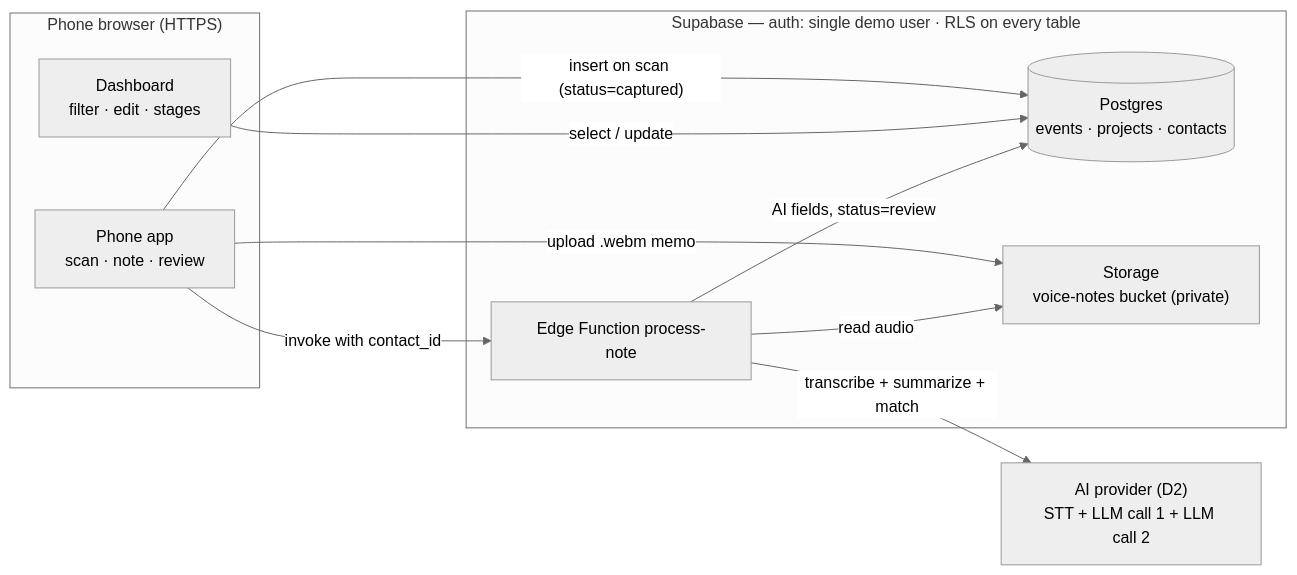
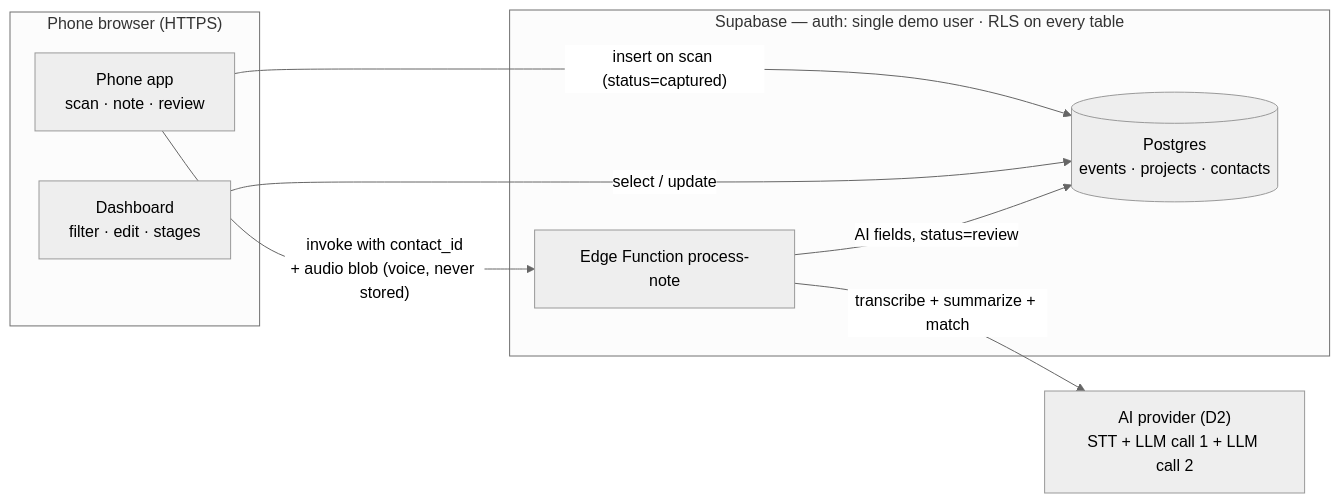
The second of 3 diagrams in docs/ARCHITECTURE.md (NodrrS/bcbt_hackathon), drawn with Mermaid (neutral theme) before and after one commit. The commit also changed other lines of this file and 10 other files, not shown here.

First line of the commit message:
Decision: audio is never stored — voice memos are transcribe-only

````diff
--- a/docs/ARCHITECTURE.md
+++ b/docs/ARCHITECTURE.md
@@ -33,20 +33,17 @@
 ```mermaid
 flowchart LR
   subgraph browser["Phone browser (HTTPS)"]
     app["Phone app<br/>scan · note · review"]
     dash["Dashboard<br/>filter · edit · stages"]
   end
   subgraph supa["Supabase — auth: single demo user · RLS on every table"]
     pg[("Postgres<br/>events · projects · contacts")]
-    st["Storage<br/>voice-notes bucket (private)"]
     fn["Edge Function process-note"]
   end
   ai["AI provider (D2)<br/>STT + LLM call 1 + LLM call 2"]
   app -- "insert on scan (status=captured)" --> pg
-  app -- "upload .webm memo" --> st
-  app -- "invoke with contact_id" --> fn
+  app -- "invoke with contact_id<br/>+ audio blob (voice, never stored)" --> fn
   dash -- "select / update" --> pg
-  fn -- "read audio" --> st
   fn -- "transcribe + summarize + match" --> ai
   fn -- "AI fields, status=review" --> pg
 ```
````
